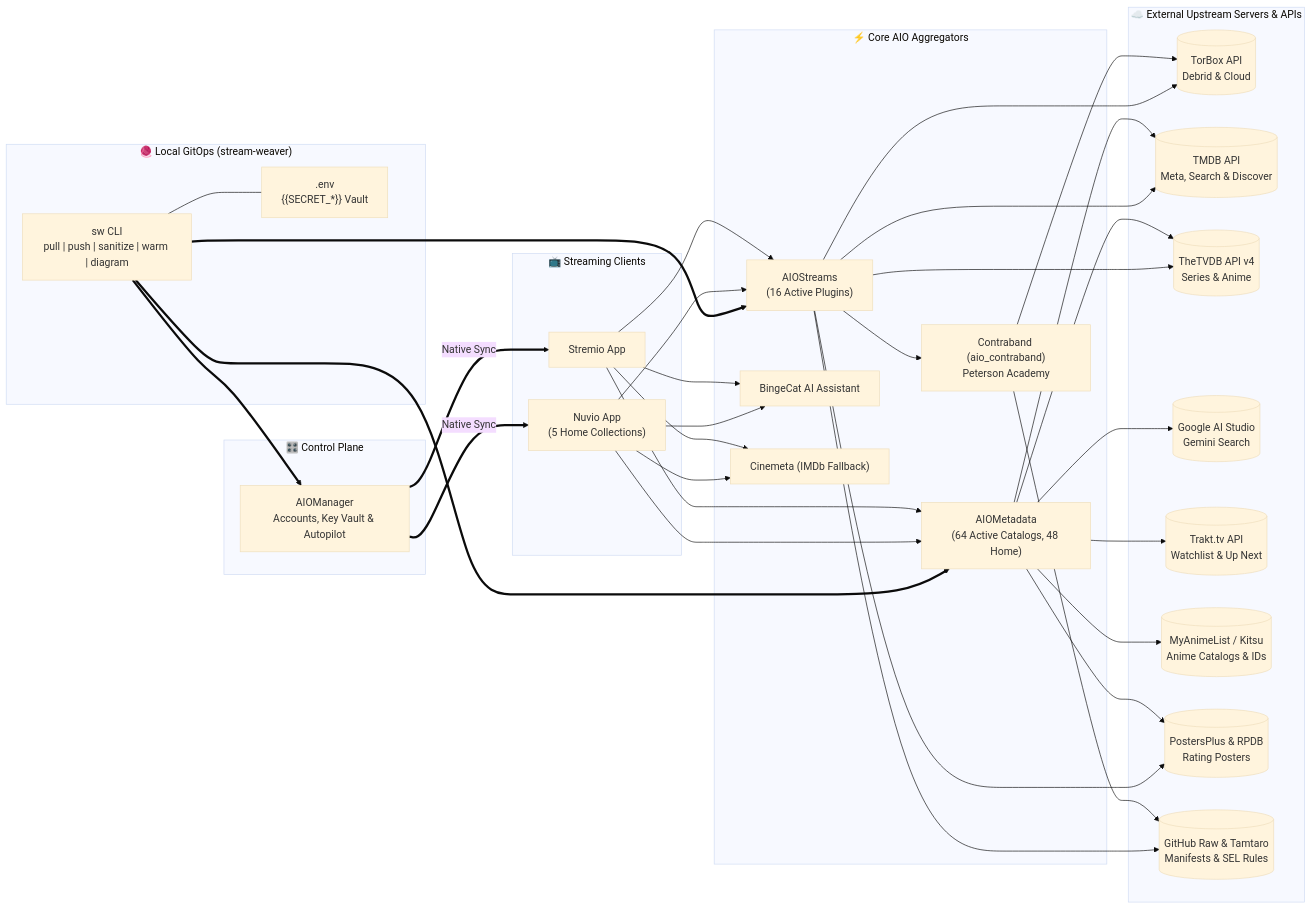
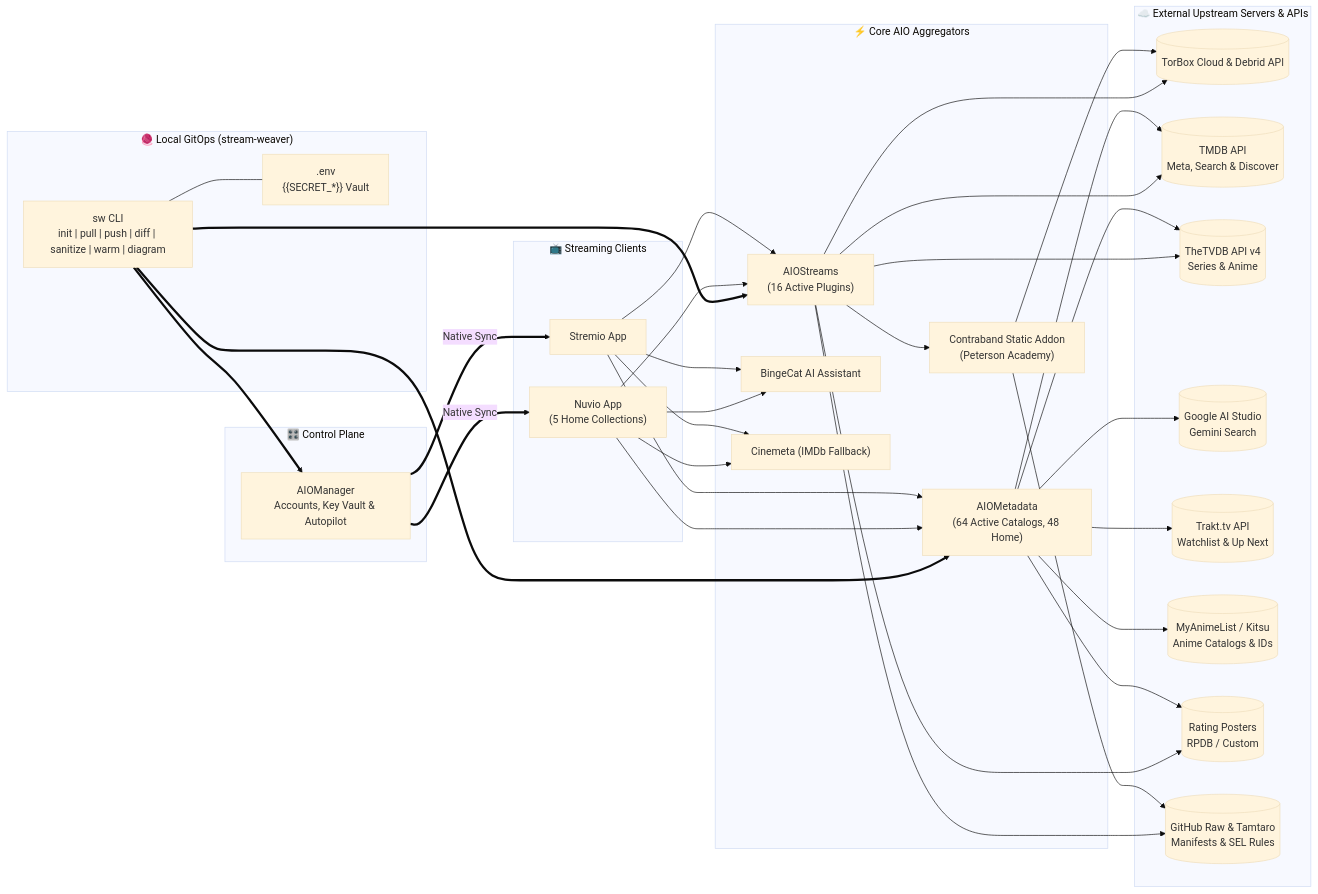
Before and after one commit to Darshan-AS/stream-weaver: the first of 3 diagrams in ARCHITECTURE.md, drawn with Mermaid (base theme). The commit also changed other lines of this file and 4 other files, not shown here.

Commit message:
refactor(architecture,services): Make LikeC4 topology and manifest refresh config-driven

````diff
--- a/ARCHITECTURE.md
+++ b/ARCHITECTURE.md
@@ -26,43 +26,43 @@
 ```mermaid
 flowchart LR
     subgraph GitOps["🧶 Local GitOps (stream-weaver)"]
-        SW["sw CLI\npull | push | sanitize | warm | diagram"]
+        SW["sw CLI\ninit | pull | push | diff | sanitize | warm | diagram"]
         ENV[".env\n{{SECRET_*}} Vault"]
         SW --- ENV
     end
 
     subgraph Clients["📺 Streaming Clients"]
         Nuvio["Nuvio App\n(5 Home Collections)"]
         Stremio["Stremio App"]
     end
 
     subgraph Control["🎛️ Control Plane"]
         MGR["AIOManager\nAccounts, Key Vault & Autopilot"]
     end
 
     subgraph Aggregators["⚡ Core AIO Aggregators"]
         AS["AIOStreams\n(16 Active Plugins)"]
         AM["AIOMetadata\n(64 Active Catalogs, 48 Home)"]
         BC["BingeCat AI Assistant"]
-        CB["Contraband (aio_contraband)\nPeterson Academy"]
+        CB["Contraband Static Addon\n(Peterson Academy)"]
         CM["Cinemeta (IMDb Fallback)"]
     end
 
     subgraph Upstream["☁️ External Upstream Servers & APIs"]
-        TB[("TorBox API\nDebrid & Cloud")]
+        DEB[("TorBox Cloud & Debrid API")]
         TMDB[("TMDB API\nMeta, Search & Discover")]
         TVDB[("TheTVDB API v4\nSeries & Anime")]
         GEM[("Google AI Studio\nGemini Search")]
         TRAKT[("Trakt.tv API\nWatchlist & Up Next")]
         MAL[("MyAnimeList / Kitsu\nAnime Catalogs & IDs")]
-        POSTER[("PostersPlus & RPDB\nRating Posters")]
+        POSTER[("Rating Posters\nRPDB / Custom")]
         GH[("GitHub Raw & Tamtaro\nManifests & SEL Rules")]
     end
 
     SW ==> MGR & AS & AM
     MGR == "Native Sync" ==> Nuvio & Stremio
     Nuvio & Stremio --> AS & AM & BC & CM
-    AS --> CB & TB & TMDB & TVDB & POSTER & GH
-    CB --> GH & TB
+    AS --> CB & DEB & TMDB & TVDB & POSTER & GH
+    CB --> GH & DEB
     AM --> TMDB & TVDB & GEM & TRAKT & MAL & POSTER
 ```
````
